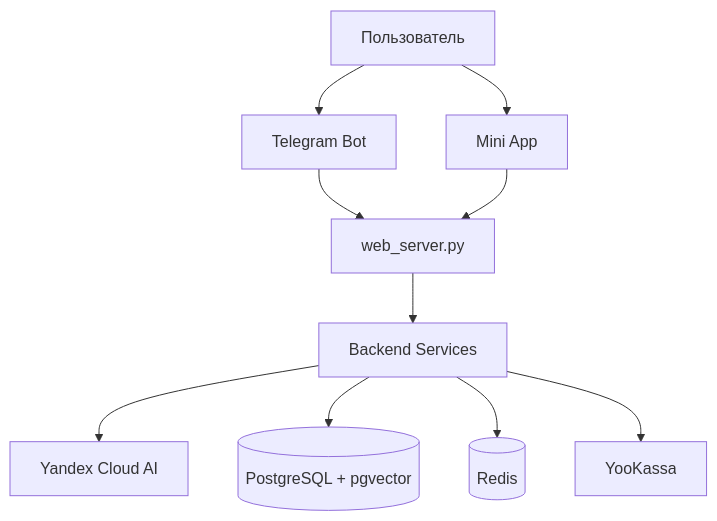
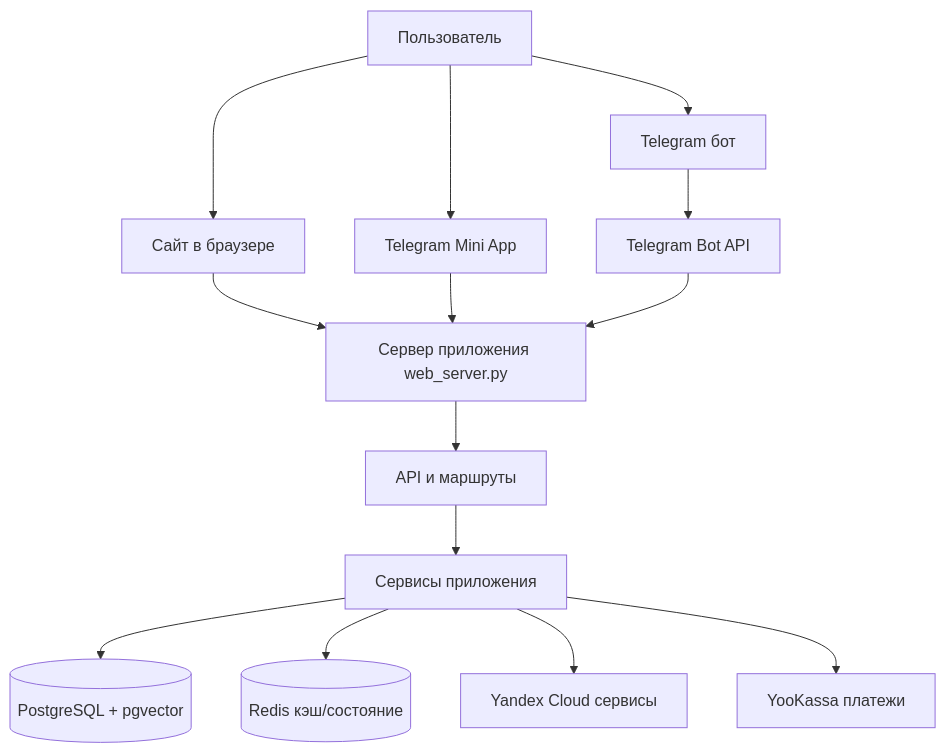
The diagram in README.md (gaus-1/pandapal-bot), drawn with Mermaid before and after one commit. The commit also changed other lines of this file and 1 other file, not shown here.

Commit message:
docs(readme): improve system overview diagrams and flow explanations
Replace the high-level architecture diagrams in RU/EN README with clearer end-to-end request flow views, including website entry, Telegram Bot API path, API route layer, and external integrations. Add concise plain-language flow notes for faster onboarding.

````diff
--- a/README.md
+++ b/README.md
@@ -139,12 +139,18 @@
 ```mermaid
 graph TB
-    User[Пользователь] --> TG[Telegram Bot]
-    User --> Web[Mini App]
-    TG --> Server[web_server.py]
-    Web --> Server
-    Server --> Services[Backend Services]
-    Services --> AI[Yandex Cloud AI]
-    Services --> DB[(PostgreSQL + pgvector)]
-    Services --> Redis[(Redis)]
-    Services --> YooKassa[YooKassa]
+    user[Пользователь] --> web[Сайт в браузере]
+    user --> miniapp[Telegram Mini App]
+    user --> tgbot[Telegram бот]
+
+    web --> server[Сервер приложения web_server.py]
+    miniapp --> server
+    tgbot --> telegramApi[Telegram Bot API]
+    telegramApi --> server
+
+    server --> api[API и маршруты]
+    api --> services[Сервисы приложения]
+    services --> db[(PostgreSQL + pgvector)]
+    services --> redis[(Redis кэш/состояние)]
+    services --> yandex[Yandex Cloud сервисы]
+    services --> payments[YooKassa платежи]
 ```
````
